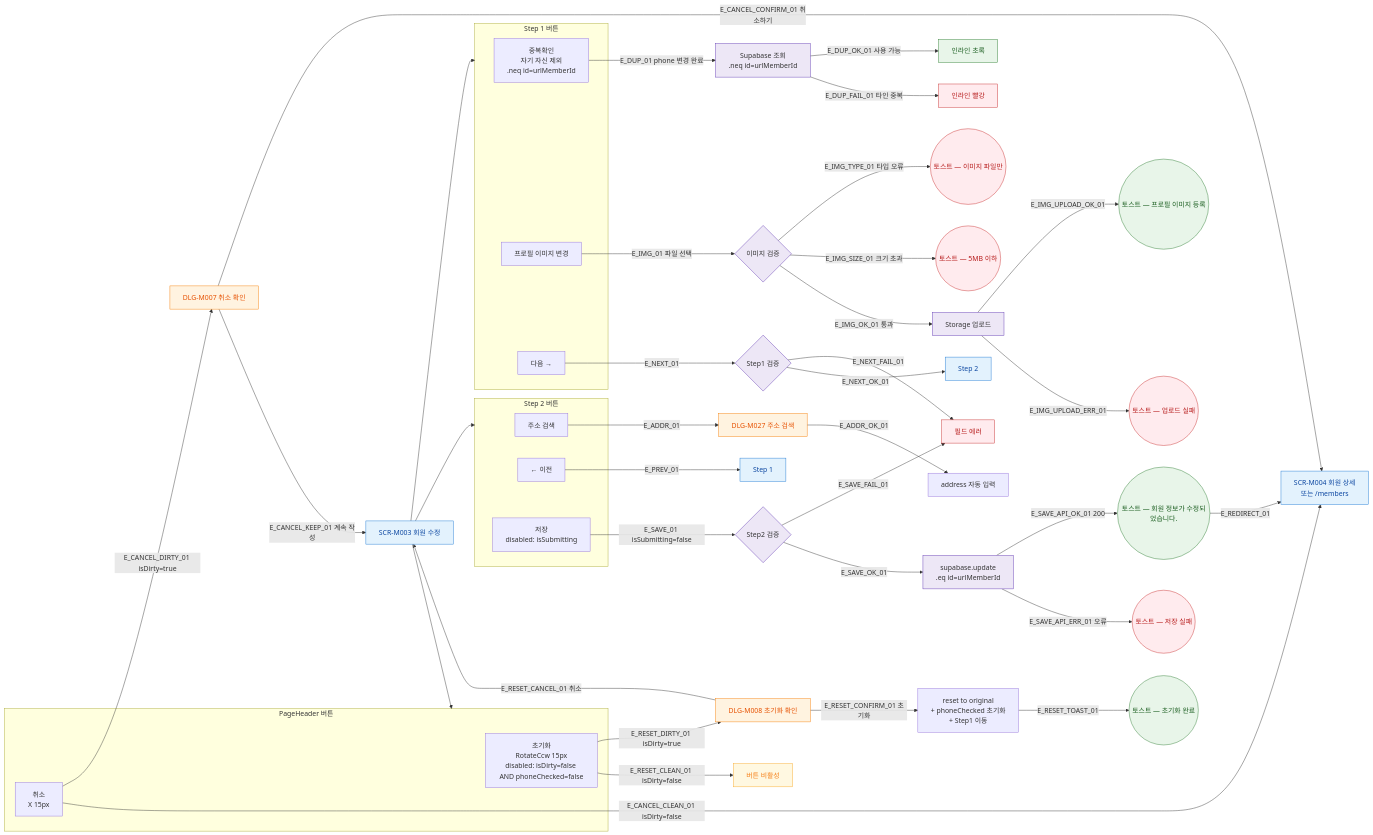
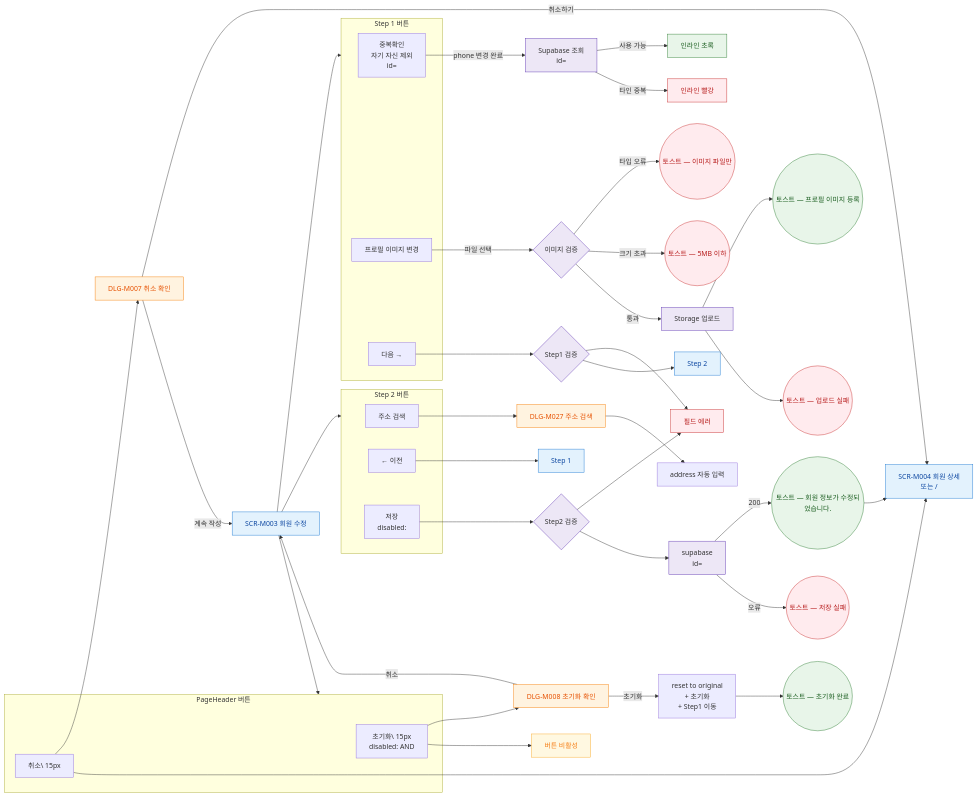
Before and after one commit to dev-spogym/admin-pando: the diagram in docs/다이어그램/D02_회원관리/SCR-M003_회원수정/F3_버튼액션.md, drawn with Mermaid. The commit also changed other lines of this file and 1660 other files, not shown here.

First line of the commit message:
다이어그램: 기획자/클라이언트 납품본으로 정리

````diff
--- a/docs/다이어그램/D02_회원관리/SCR-M003_회원수정/F3_버튼액션.md
+++ b/docs/다이어그램/D02_회원관리/SCR-M003_회원수정/F3_버튼액션.md
@@ -22,82 +20,82 @@
 ```mermaid
 flowchart LR
   SCR_M003[SCR-M003 회원 수정]
 
   subgraph HEADER_BTNS [PageHeader 버튼]
-    BTN_RESET[초기화\nRotateCcw 15px\ndisabled: isDirty=false AND phoneChecked=false]
-    BTN_CANCEL[취소\nX 15px]
+    BTN_RESET[초기화\ 15px\ndisabled: AND]
+    BTN_CANCEL[취소\ 15px]
   end
 
   subgraph STEP1_BTNS [Step 1 버튼]
-    BTN_DUP[중복확인\n자기 자신 제외\n.neq id=urlMemberId]
+    BTN_DUP[중복확인\n자기 자신 제외\n id=]
     BTN_IMG[프로필 이미지 변경]
     BTN_NEXT[다음 →]
   end
 
   subgraph STEP2_BTNS [Step 2 버튼]
     BTN_ADDR[주소 검색]
     BTN_PREV[← 이전]
-    BTN_SAVE[저장\ndisabled: isSubmitting]
+    BTN_SAVE[저장\ndisabled:]
   end
 
   SCR_M003 --> HEADER_BTNS
   SCR_M003 --> STEP1_BTNS
   SCR_M003 --> STEP2_BTNS
 
-  BTN_RESET -->|E_RESET_DIRTY_01 isDirty=true| DLG_M008[DLG-M008 초기화 확인]
-  BTN_RESET -->|E_RESET_CLEAN_01 isDirty=false| RESET_DISABLED[버튼 비활성]
-  DLG_M008  -->|E_RESET_CONFIRM_01 초기화| FORM_RESET[reset to original\n+ phoneChecked 초기화\n+ Step1 이동]
-  DLG_M008  -->|E_RESET_CANCEL_01 취소| SCR_M003
-  FORM_RESET -->|E_RESET_TOAST_01| TOAST_RESET((토스트 — 초기화 완료))
+  BTN_RESET --> DLG_M008[DLG-M008 초기화 확인]
+  BTN_RESET --> RESET_DISABLED[버튼 비활성]
+  DLG_M008 -->|초기화|FORM_RESET[reset to original\n+ 초기화\n+ Step1 이동]
+  DLG_M008 -->|취소|SCR_M003
+  FORM_RESET --> TOAST_RESET((토스트 — 초기화 완료))
 
-  BTN_CANCEL -->|E_CANCEL_DIRTY_01 isDirty=true| DLG_M007[DLG-M007 취소 확인]
-  BTN_CANCEL -->|E_CANCEL_CLEAN_01 isDirty=false| NAV_DETAIL[SCR-M004 회원 상세\n또는 /members]
-  DLG_M007  -->|E_CANCEL_CONFIRM_01 취소하기| NAV_DETAIL
-  DLG_M007  -->|E_CANCEL_KEEP_01 계속 작성| SCR_M003
+  BTN_CANCEL --> DLG_M007[DLG-M007 취소 확인]
+  BTN_CANCEL --> NAV_DETAIL[SCR-M004 회원 상세\n또는 /]
+  DLG_M007 -->|취소하기|NAV_DETAIL
+  DLG_M007 -->|계속 작성|SCR_M003
 
-  BTN_DUP -->|E_DUP_01 phone 변경 완료| DUP_API[Supabase 조회\n.neq id=urlMemberId]
-  DUP_API -->|E_DUP_OK_01 사용 가능| DUP_PASS[인라인 초록]
-  DUP_API -->|E_DUP_FAIL_01 타인 중복| DUP_FAIL[인라인 빨강]
+  BTN_DUP -->|phone 변경 완료|DUP_API[Supabase 조회\n id=]
+  DUP_API -->|사용 가능|DUP_PASS[인라인 초록]
+  DUP_API -->|타인 중복|DUP_FAIL[인라인 빨강]
 
-  BTN_IMG -->|E_IMG_01 파일 선택| IMG_VALID{이미지 검증}
-  IMG_VALID -->|E_IMG_TYPE_01 타입 오류| TOAST_IMG_TYPE((토스트 — 이미지 파일만))
-  IMG_VALID -->|E_IMG_SIZE_01 크기 초과| TOAST_IMG_SIZE((토스트 — 5MB 이하))
-  IMG_VALID -->|E_IMG_OK_01 통과| IMG_UPLOAD[Storage 업로드]
-  IMG_UPLOAD -->|E_IMG_UPLOAD_OK_01| TOAST_IMG_OK((토스트 — 프로필 이미지 등록))
-  IMG_UPLOAD -->|E_IMG_UPLOAD_ERR_01| TOAST_IMG_ERR((토스트 — 업로드 실패))
+  BTN_IMG -->|파일 선택|IMG_VALID{이미지 검증}
+  IMG_VALID -->|타입 오류|TOAST_IMG_TYPE((토스트 — 이미지 파일만))
+  IMG_VALID -->|크기 초과|TOAST_IMG_SIZE((토스트 — 5MB 이하))
+  IMG_VALID -->|통과|IMG_UPLOAD[Storage 업로드]
+  IMG_UPLOAD --> TOAST_IMG_OK((토스트 — 프로필 이미지 등록))
+  IMG_UPLOAD --> TOAST_IMG_ERR((토스트 — 업로드 실패))
 
-  BTN_NEXT -->|E_NEXT_01| STEP1_VALID{Step1 검증}
-  STEP1_VALID -->|E_NEXT_FAIL_01| ERR_FIELDS[필드 에러]
-  STEP1_VALID -->|E_NEXT_OK_01| STEP2[Step 2]
+  BTN_NEXT --> STEP1_VALID{Step1 검증}
+  STEP1_VALID --> ERR_FIELDS[필드 에러]
+  STEP1_VALID --> STEP2[Step 2]
 
-  BTN_ADDR -->|E_ADDR_01| DLG_M027[DLG-M027 주소 검색]
-  DLG_M027  -->|E_ADDR_OK_01| ADDR_FILL[address 자동 입력]
+  BTN_ADDR --> DLG_M027[DLG-M027 주소 검색]
+  DLG_M027 --> ADDR_FILL[address 자동 입력]
 
-  BTN_PREV -->|E_PREV_01| STEP1_BACK[Step 1]
+  BTN_PREV --> STEP1_BACK[Step 1]
 
-  BTN_SAVE -->|E_SAVE_01 isSubmitting=false| STEP2_VALID{Step2 검증}
-  STEP2_VALID -->|E_SAVE_FAIL_01| ERR_FIELDS
-  STEP2_VALID -->|E_SAVE_OK_01| API_UPDATE[supabase.update\n.eq id=urlMemberId]
-  API_UPDATE -->|E_SAVE_API_OK_01 200| TOAST_EDIT_OK((토스트 — 회원 정보가 수정되었습니다.))
-  API_UPDATE -->|E_SAVE_API_ERR_01 오류| TOAST_EDIT_ERR((토스트 — 저장 실패))
-  TOAST_EDIT_OK -->|E_REDIRECT_01| NAV_DETAIL
+  BTN_SAVE --> STEP2_VALID{Step2 검증}
+  STEP2_VALID --> ERR_FIELDS
+  STEP2_VALID --> API_UPDATE[supabase\n id=]
+  API_UPDATE -->|200|TOAST_EDIT_OK((토스트 — 회원 정보가 수정되었습니다.))
+  API_UPDATE -->|오류|TOAST_EDIT_ERR((토스트 — 저장 실패))
+  TOAST_EDIT_OK --> NAV_DETAIL
 
-  classDef screen      fill:#E3F2FD,stroke:#1976D2,color:#0D47A1
-  classDef modal       fill:#FFF3E0,stroke:#F57C00,color:#E65100
-  classDef newFeature  fill:#F3E5F5,stroke:#9C27B0,stroke-dasharray:5 5
-  classDef error       fill:#FFEBEE,stroke:#C62828,color:#B71C1C
-  classDef success     fill:#E8F5E9,stroke:#2E7D32,color:#1B5E20
-  classDef warning     fill:#FFF8E1,stroke:#F9A825,color:#F57F17
-  classDef info        fill:#E0F7FA,stroke:#00838F
-  classDef system      fill:#EDE7F6,stroke:#5E35B2
-  classDef external    fill:#ECEFF1,stroke:#455A64,stroke-dasharray:3 3
-  classDef cron        fill:#E0F2F1,stroke:#00695C
+  classDef screen fill:#E3F2FD,stroke:#1976D2,color:#0D47A1
+  classDef modal fill:#FFF3E0,stroke:#F57C00,color:#E65100
+  classDef newFeature fill:#F3E5F5,stroke:#9C27B0,stroke-dasharray:5 5
+  classDef error fill:#FFEBEE,stroke:#C62828,color:#B71C1C
+  classDef success fill:#E8F5E9,stroke:#2E7D32,color:#1B5E20
+  classDef warning fill:#FFF8E1,stroke:#F9A825,color:#F57F17
+  classDef info fill:#E0F7FA,stroke:#00838F
+  classDef system fill:#EDE7F6,stroke:#5E35B2
+  classDef external fill:#ECEFF1,stroke:#455A64,stroke-dasharray:3 3
+  classDef cron fill:#E0F2F1,stroke:#00695C
   classDef rbacBlocked fill:#F5F5F5,stroke:#9E9E9E,color:#616161
 
   class SCR_M003,STEP2,NAV_DETAIL,STEP1_BACK screen
   class DLG_M007,DLG_M008,DLG_M027 modal
   class DUP_API,IMG_VALID,IMG_UPLOAD,STEP1_VALID,STEP2_VALID,API_UPDATE system
   class DUP_FAIL,ERR_FIELDS,TOAST_IMG_TYPE,TOAST_IMG_SIZE,TOAST_IMG_ERR,TOAST_EDIT_ERR error
   class DUP_PASS,TOAST_IMG_OK,TOAST_RESET,TOAST_EDIT_OK success
   class RESET_DISABLED warning
 ```
````
